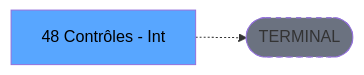
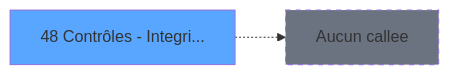
The third of 3 diagrams in .openspec/specs/ADH-IDE-48.md (thonyAGP/magic-migration), drawn with Mermaid before and after one commit. The commit also changed other lines of this file and 493 other files, not shown here.

````diff
--- a/.openspec/specs/ADH-IDE-48.md
+++ b/.openspec/specs/ADH-IDE-48.md
@@ -144,8 +328,8 @@
 ```mermaid
 graph LR
-    T[48 Contrôles - Int]
-    TERM([TERMINAL])
-    T -.-> TERM
-    style TERM fill:#6b7280,stroke-dasharray: 5 5
-    style T fill:#58a6ff,color:#000
+    T48[48 Contrôles - Integri...]
+    style T48 fill:#58a6ff
+    NONE[Aucun callee]
+    T48 -.-> NONE
+    style NONE fill:#6b7280,stroke-dasharray: 5 5
 ```
````
